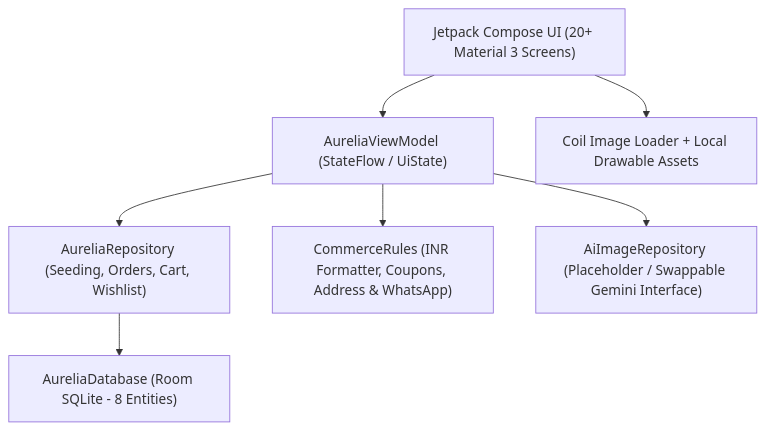
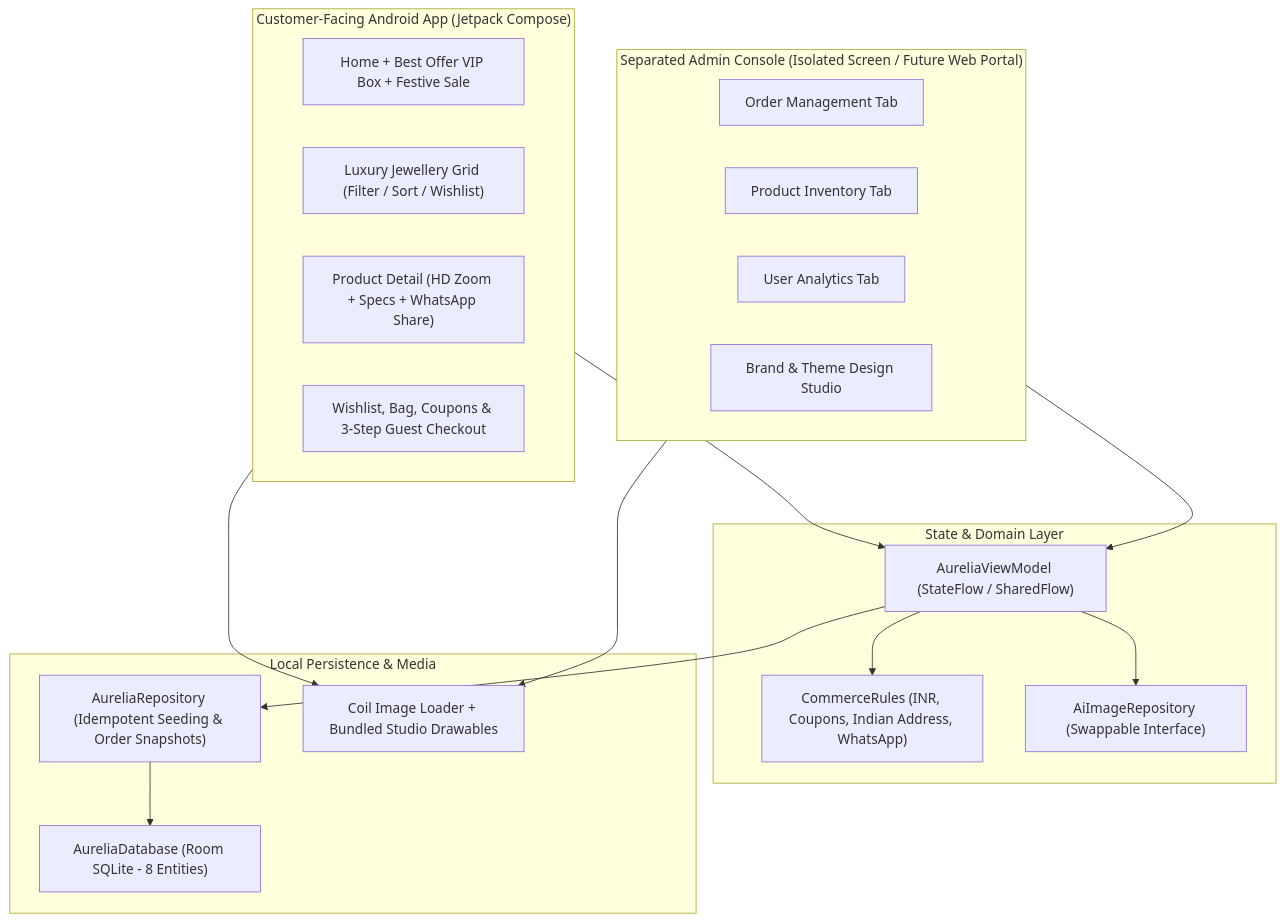
One commit to weartome/Aurelia-Jewels-modern-app-ui changed the first of 5 diagrams in README.md. Above: the diagram before and after it, drawn with Mermaid. The commit also changed other lines of this file and 17 other files, not shown here.

````diff
--- a/README.md
+++ b/README.md
@@ -82,9 +45,37 @@
 ```mermaid
 flowchart TD
-    UI["Jetpack Compose UI (20+ Material 3 Screens)"] --> VM["AureliaViewModel (StateFlow / UiState)"]
-    VM --> REPO["AureliaRepository (Seeding, Orders, Cart, Wishlist)"]
-    VM --> RULES["CommerceRules (INR Formatter, Coupons, Address & WhatsApp)"]
-    VM --> AI["AiImageRepository (Placeholder / Swappable Gemini Interface)"]
-    REPO --> DB["AureliaDatabase (Room SQLite - 8 Entities)"]
-    UI --> COIL["Coil Image Loader + Local Drawable Assets"]
+    subgraph CustomerApp["Customer-Facing Android App (Jetpack Compose)"]
+        HOME["Home + Best Offer VIP Box + Festive Sale"]
+        GRID["Luxury Jewellery Grid (Filter / Sort / Wishlist)"]
+        PDP["Product Detail (HD Zoom + Specs + WhatsApp Share)"]
+        BAG["Wishlist, Bag, Coupons & 3-Step Guest Checkout"]
+    end
+
+    subgraph SeparatedAdmin["Separated Admin Console (Isolated Screen / Future Web Portal)"]
+        ORD_MGT["Order Management Tab"]
+        INV_MGT["Product Inventory Tab"]
+        ANA_MGT["User Analytics Tab"]
+        STUDIO["Brand & Theme Design Studio"]
+    end
+
+    subgraph DomainAndState["State & Domain Layer"]
+        VM["AureliaViewModel (StateFlow / SharedFlow)"]
+        RULES["CommerceRules (INR, Coupons, Indian Address, WhatsApp)"]
+        AI["AiImageRepository (Swappable Interface)"]
+    end
+
+    subgraph Persistence["Local Persistence & Media"]
+        REPO["AureliaRepository (Idempotent Seeding & Order Snapshots)"]
+        ROOM["AureliaDatabase (Room SQLite - 8 Entities)"]
+        COIL["Coil Image Loader + Bundled Studio Drawables"]
+    end
+
+    CustomerApp --> VM
+    SeparatedAdmin --> VM
+    VM --> REPO
+    VM --> RULES
+    VM --> AI
+    REPO --> ROOM
+    CustomerApp --> COIL
+    SeparatedAdmin --> COIL
 ```
````
